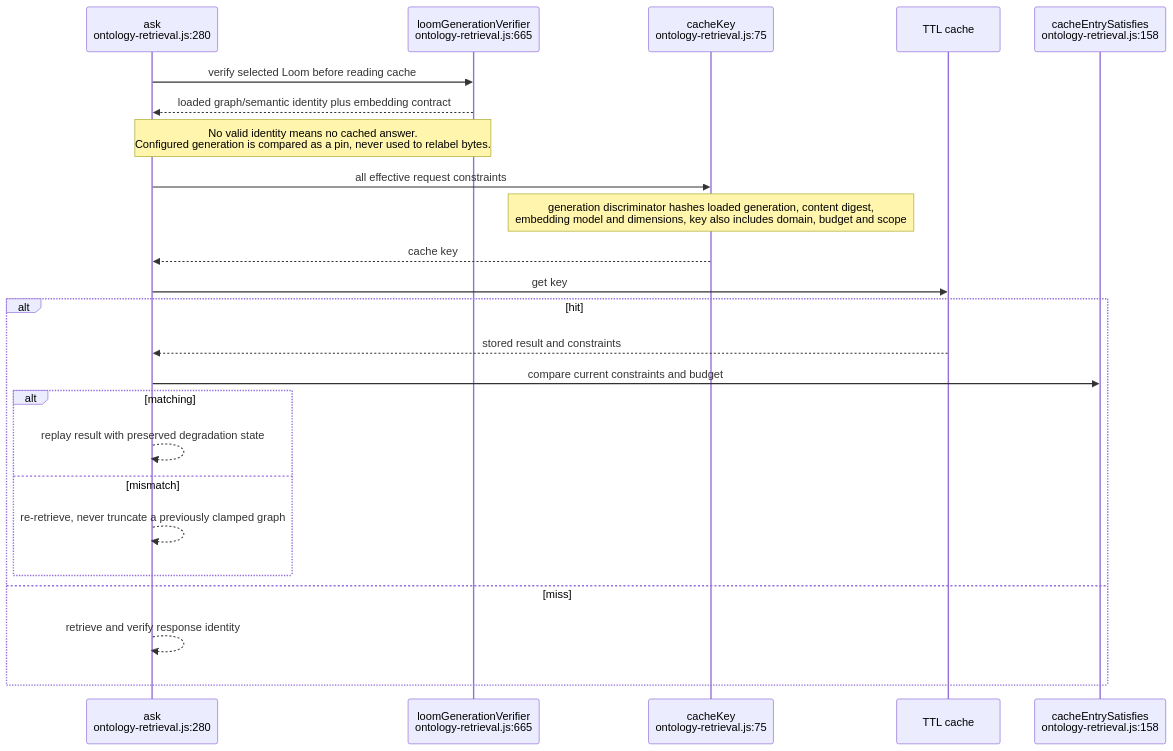
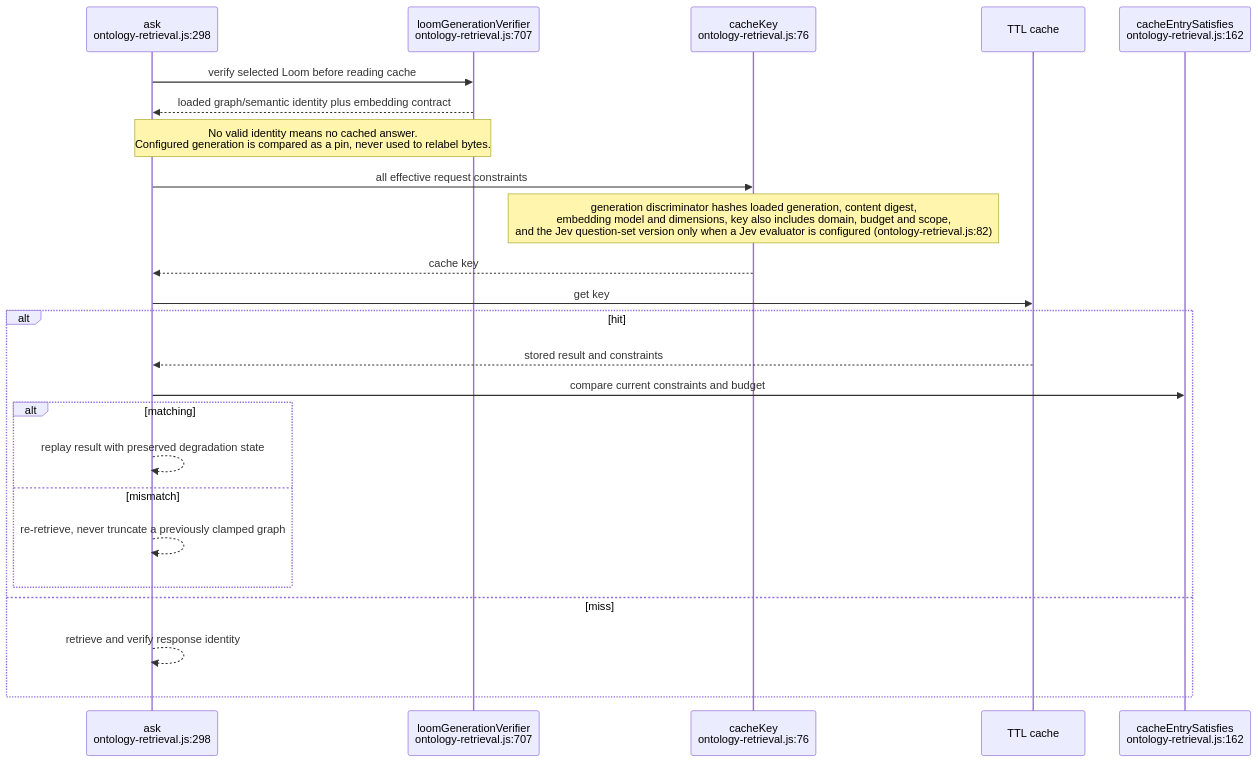
Before and after one commit to DreamLab-AI/VisionFlow: the fourth of 14 diagrams in docs/diagrams/agentbox/24-loom-facade.md, drawn with Mermaid. The commit also changed other lines of this file and 160 other files, not shown here.

````diff
--- a/docs/diagrams/agentbox/24-loom-facade.md
+++ b/docs/diagrams/agentbox/24-loom-facade.md
@@ -159,26 +172,26 @@
 ```mermaid
 sequenceDiagram
-    participant ASK as ask<br/>ontology-retrieval.js:280
-    participant VERIFY as loomGenerationVerifier<br/>ontology-retrieval.js:665
-    participant KEY as cacheKey<br/>ontology-retrieval.js:75
+    participant ASK as ask<br/>ontology-retrieval.js:298
+    participant VERIFY as loomGenerationVerifier<br/>ontology-retrieval.js:707
+    participant KEY as cacheKey<br/>ontology-retrieval.js:76
     participant CACHE as TTL cache
-    participant SAT as cacheEntrySatisfies<br/>ontology-retrieval.js:158
+    participant SAT as cacheEntrySatisfies<br/>ontology-retrieval.js:162
     ASK->>VERIFY: verify selected Loom before reading cache
     VERIFY-->>ASK: loaded graph/semantic identity plus embedding contract
     Note over ASK,VERIFY: No valid identity means no cached answer.<br/>Configured generation is compared as a pin, never used to relabel bytes.
     ASK->>KEY: all effective request constraints
-    Note over KEY: generation discriminator hashes loaded generation, content digest,<br/>embedding model and dimensions, key also includes domain, budget and scope
+    Note over KEY: generation discriminator hashes loaded generation, content digest,<br/>embedding model and dimensions, key also includes domain, budget and scope,<br/>and the Jev question-set version only when a Jev evaluator is configured (ontology-retrieval.js:82)
     KEY-->>ASK: cache key
     ASK->>CACHE: get key
     alt hit
         CACHE-->>ASK: stored result and constraints
         ASK->>SAT: compare current constraints and budget
         alt matching
             ASK-->>ASK: replay result with preserved degradation state
         else mismatch
             ASK-->>ASK: re-retrieve, never truncate a previously clamped graph
         end
     else miss
         ASK-->>ASK: retrieve and verify response identity
     end
 ```
````
